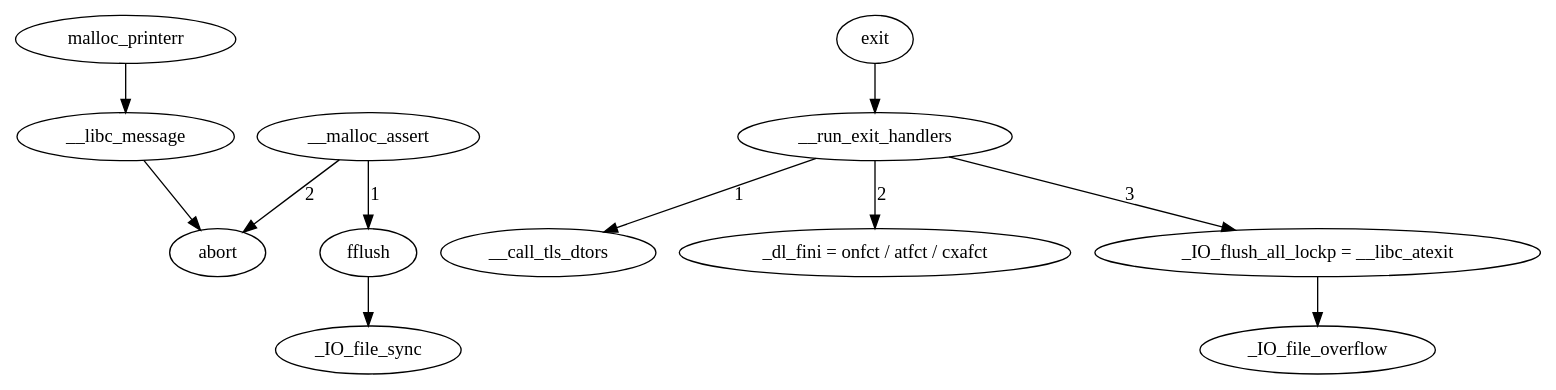
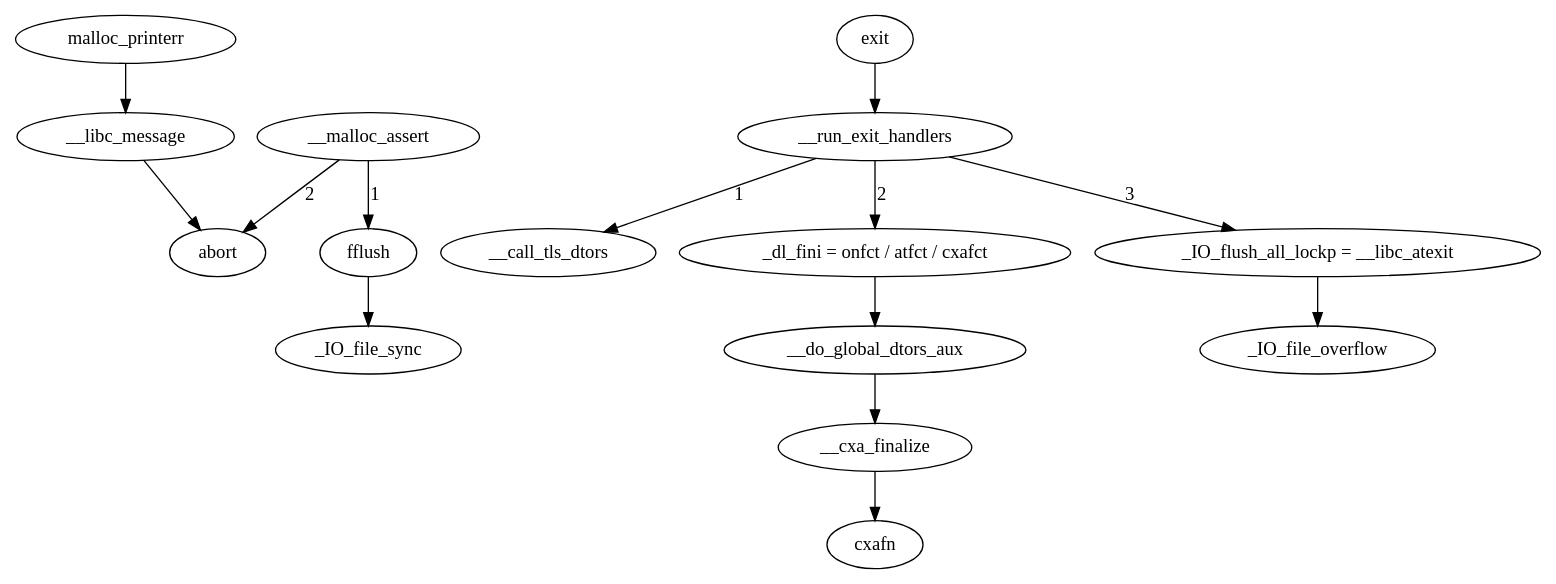
The diagram in terminate.gv (RioKato/pwn-cheatsheet), drawn with Graphviz before and after one commit. The commit also changed 2 other files, not shown here.

```diff
--- a/terminate.gv
+++ b/terminate.gv
@@ -1,11 +1,14 @@
 digraph {
   malloc_printerr -> __libc_message -> abort;
   exit -> __run_exit_handlers;
   __run_exit_handlers -> __call_tls_dtors [label = "1"];
   __run_exit_handlers -> "_dl_fini = onfct / atfct / cxafct" [label = "2"];
+  "_dl_fini = onfct / atfct / cxafct" -> __do_global_dtors_aux;
+  __do_global_dtors_aux -> __cxa_finalize;
+  __cxa_finalize -> cxafn;
   __run_exit_handlers -> "_IO_flush_all_lockp = __libc_atexit" [label = "3"];
   "_IO_flush_all_lockp = __libc_atexit"  -> _IO_file_overflow;
   __malloc_assert -> fflush [label = "1"];
   __malloc_assert -> abort [label = "2"];
   fflush -> _IO_file_sync;
 }
```
